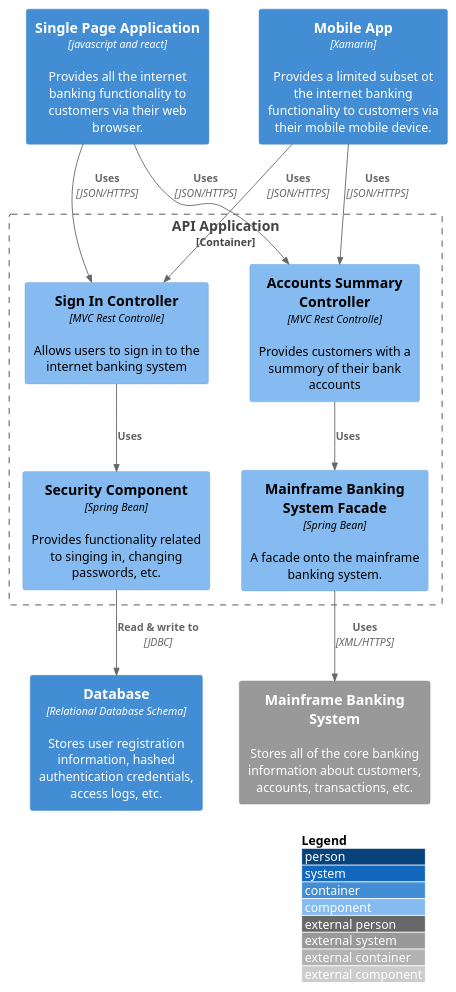
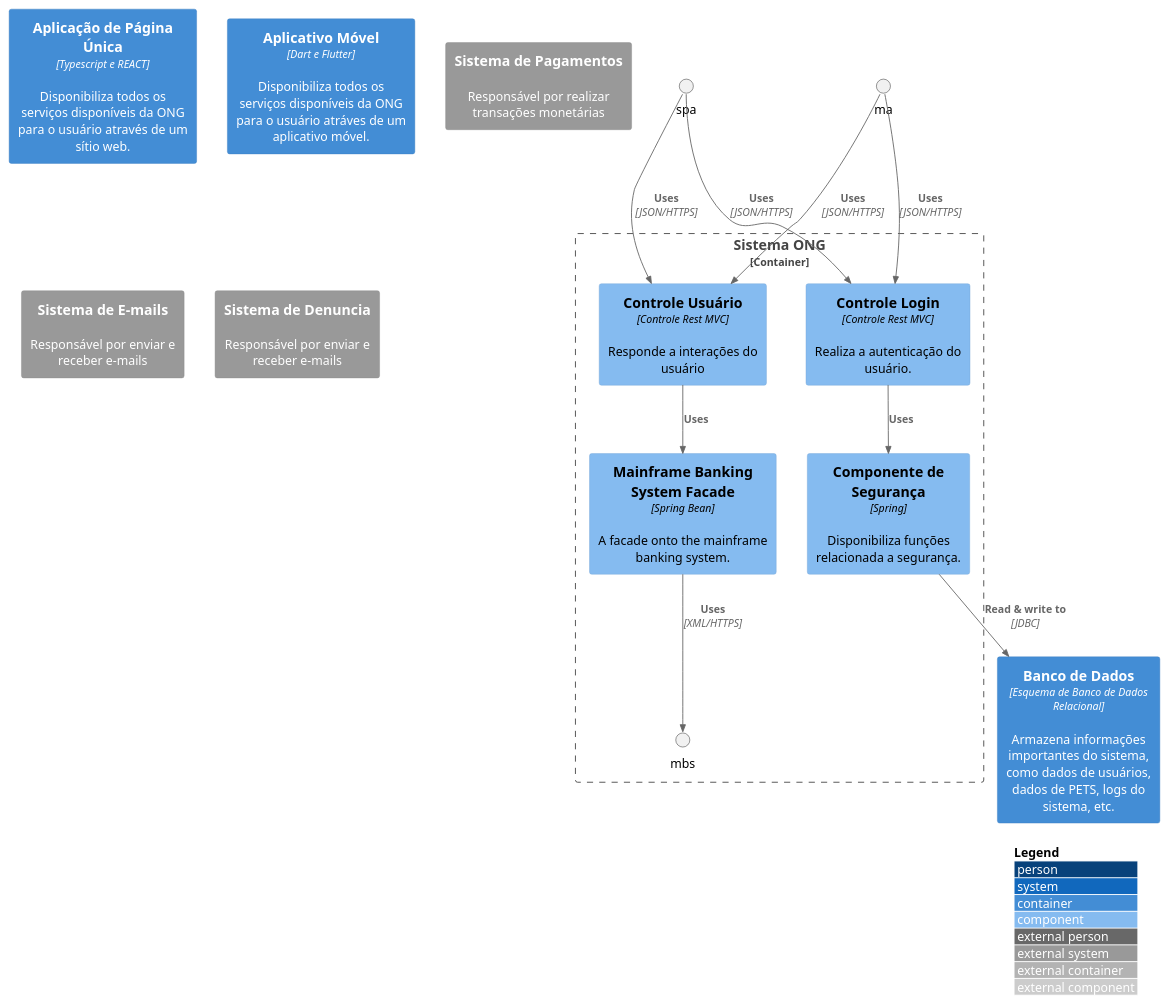
Before and after one commit to andrelquiosi/ANIMAPET: the diagram in src/Sistema animapet/API Application/container.puml, drawn with PlantUML. The commit also changed 2 other files, not shown here.

Commit message:
Corrigindo o diagrama de componente da api

```diff
--- a/src/Sistema animapet/API Application/container.puml
+++ b/src/Sistema animapet/API Application/container.puml
@@ -1,28 +1,30 @@
-@startuml
+@startuml ComponenteAPI
 !include https://raw.githubusercontent.com/adrianvlupu/C4-PlantUML/latest/C4_Component.puml
 
 LAYOUT_WITH_LEGEND()
 
-Container(spa, "Single Page Application", "javascript and react", "Provides all the internet banking functionality to customers via their web browser.")
-Container(ma, "Mobile App", "Xamarin", "Provides a limited subset ot the internet banking functionality to customers via their mobile mobile device.")
-Container(db, "Database", "Relational Database Schema", "Stores user registration information, hashed authentication credentials, access logs, etc.")
-System_Ext(mbs, "Mainframe Banking System", "Stores all of the core banking information about customers, accounts, transactions, etc.")
+Container(swb, "Aplicação de Página Única", "Typescript e REACT","Disponibiliza todos os serviços disponíveis da ONG para o usuário através de um  sítio web.")
+Container(sdm, "Aplicativo Móvel", "Dart e Flutter", "Disponibiliza todos os serviços disponíveis da ONG para o usuário atráves de um aplicativo móvel.")
+Container(db, "Banco de Dados", "Esquema de Banco de Dados Relacional", "Armazena informações importantes do sistema, como dados de usuários, dados de PETS, logs do sistema, etc.")
+System_Ext(pix, "Sistema de Pagamentos", "Responsável por realizar transações monetárias")
+System_Ext(sem, "Sistema de E-mails", "Responsável por enviar e receber e-mails")
+System_Ext(spo, "Sistema de Denuncia", "Responsável por enviar e receber e-mails")
 
-Container_Boundary(api, "API Application") {
-    Component(sign, "Sign In Controller", "MVC Rest Controlle", "Allows users to sign in to the internet banking system")
-    Component(accounts, "Accounts Summary Controller", "MVC Rest Controlle", "Provides customers with a summory of their bank accounts")
-    Component(security, "Security Component", "Spring Bean", "Provides functionality related to singing in, changing passwords, etc.")
+Container_Boundary(ong, "Sistema ONG") {
+    Component(sign, "Controle Login", "Controle Rest MVC", "Realiza a autenticação do usuário.")
+    Component(accounts, "Controle Usuário", "Controle Rest MVC", "Responde a interações do usuário")
+    Component(security, "Componente de Segurança", "Spring", "Disponibiliza funções relacionada a segurança.")
     Component(mbsfacade, "Mainframe Banking System Facade", "Spring Bean", "A facade onto the mainframe banking system.")
 
     Rel(sign, security, "Uses")
     Rel(accounts, mbsfacade, "Uses")
     Rel(security, db, "Read & write to", "JDBC")
     Rel(mbsfacade, mbs, "Uses", "XML/HTTPS")
 }
 
 Rel(spa, sign, "Uses", "JSON/HTTPS")
 Rel(spa, accounts, "Uses", "JSON/HTTPS")
 
 Rel(ma, sign, "Uses", "JSON/HTTPS")
 Rel(ma, accounts, "Uses", "JSON/HTTPS")
 @enduml
```
